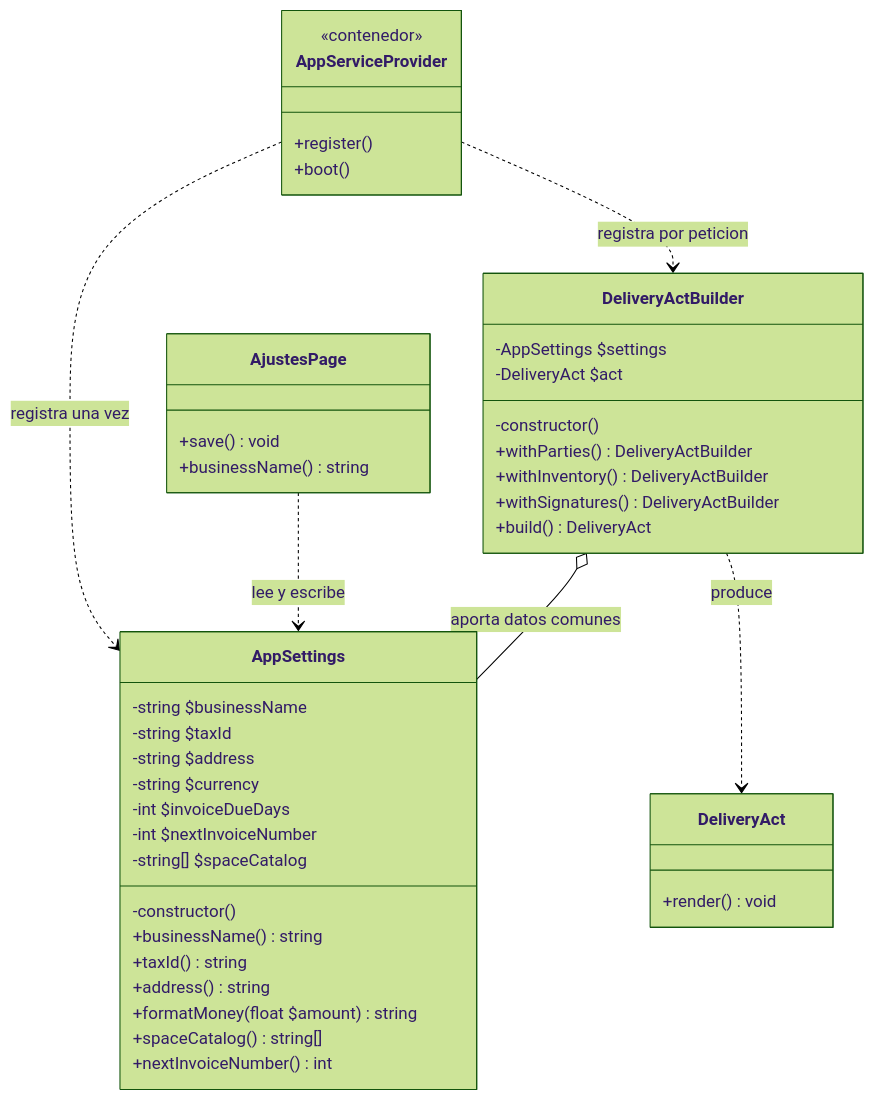
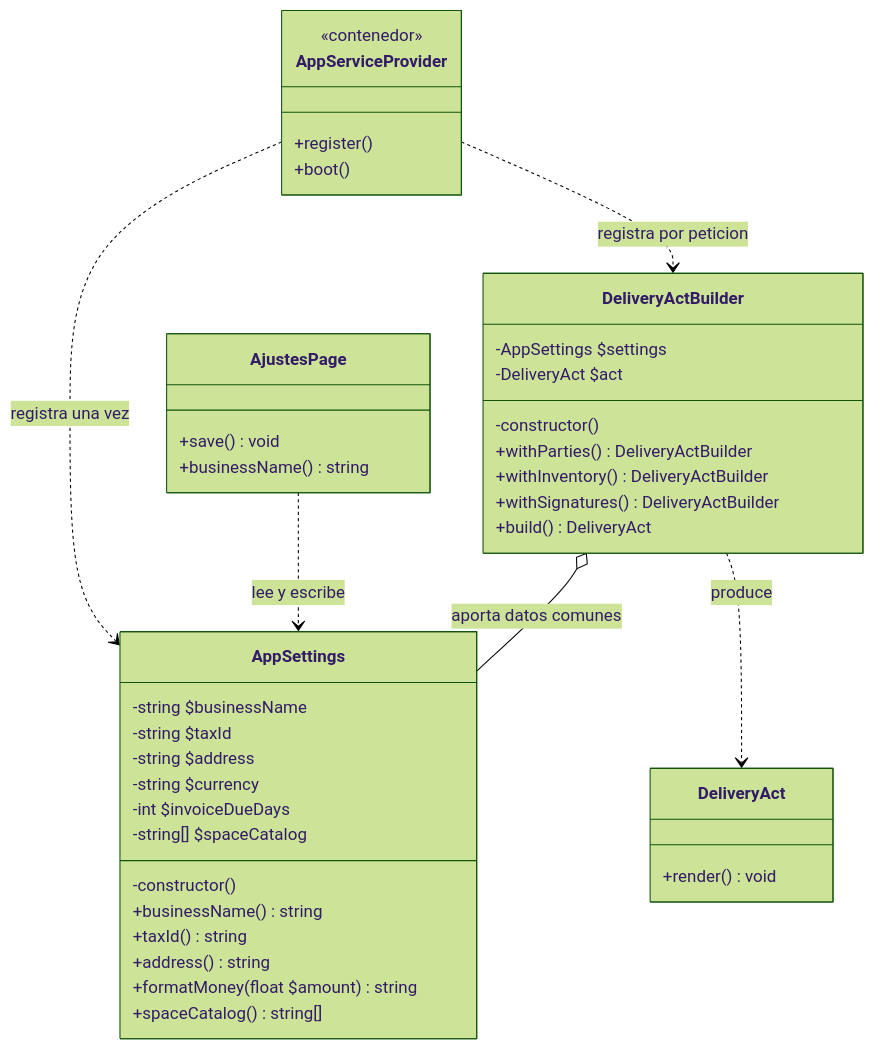
The first of 7 diagrams in PLAN-UML-PATRONES.md (diegocastro-ac/prometheus), drawn with Mermaid (forest theme) before and after one commit. The commit also changed other lines of this file and 83 other files, not shown here.

````diff
--- a/PLAN-UML-PATRONES.md
+++ b/PLAN-UML-PATRONES.md
@@ -36,52 +36,50 @@
 ```mermaid
 classDiagram
     direction TB
 
     class AppServiceProvider {
         <<contenedor>>
         +register()
         +boot()
     }
 
     class AppSettings {
         -string $businessName
         -string $taxId
         -string $address
         -string $currency
         -int $invoiceDueDays
-        -int $nextInvoiceNumber
         -string[] $spaceCatalog
         -constructor()
         +businessName() string
         +taxId() string
         +address() string
         +formatMoney(float $amount) string
         +spaceCatalog() string[]
-        +nextInvoiceNumber() int
     }
 
     class DeliveryActBuilder {
         -AppSettings $settings
         -DeliveryAct $act
         -constructor()
         +withParties() DeliveryActBuilder
         +withInventory() DeliveryActBuilder
         +withSignatures() DeliveryActBuilder
         +build() DeliveryAct
     }
 
     class AjustesPage {
         +save() void
         +businessName() string
     }
 
     class DeliveryAct {
         +render() void
     }
 
     AppServiceProvider ..> AppSettings : registra una vez
     AppServiceProvider ..> DeliveryActBuilder : registra por peticion
     AjustesPage ..> AppSettings : lee y escribe
     DeliveryActBuilder o-- AppSettings : aporta datos comunes
     DeliveryActBuilder ..> DeliveryAct : produce
 ```
````
